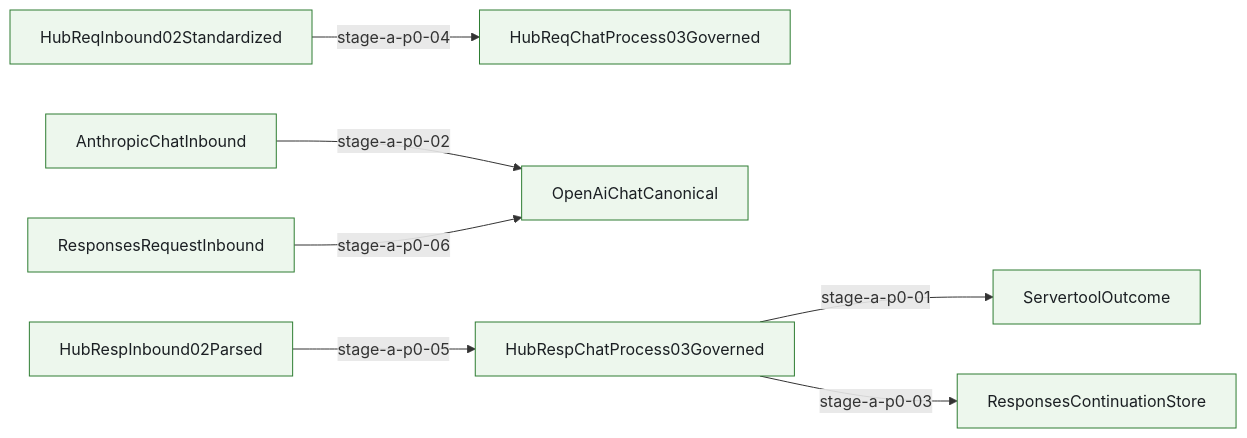
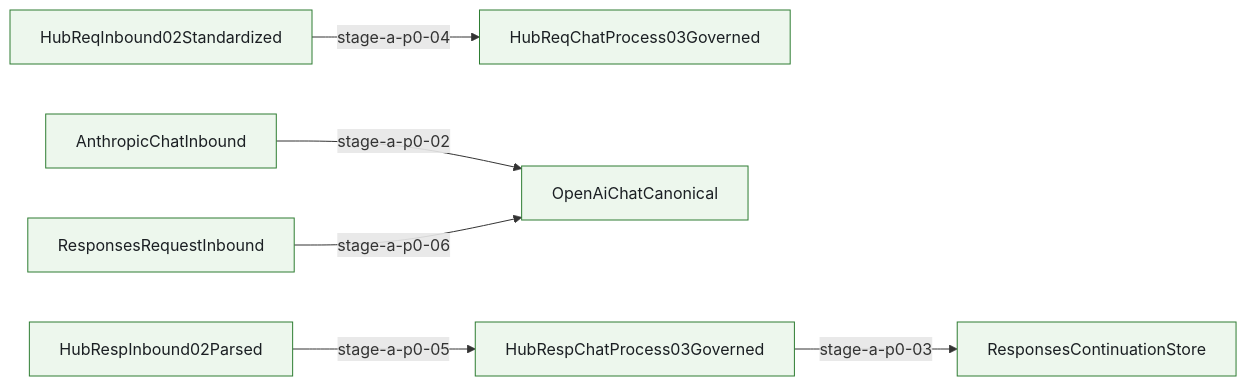
One commit to Jasonzhangf/routecodex changed diagram 21 of 26 in docs/architecture/wiki/mainline-call-graph.md. Above: the diagram before and after it, drawn with Mermaid. The commit also changed other lines of this file and 72 other files, not shown here.

````diff
--- a/docs/architecture/wiki/mainline-call-graph.md
+++ b/docs/architecture/wiki/mainline-call-graph.md
@@ -784,30 +784,27 @@
 ```mermaid
 flowchart LR
   ResponsesRequestInbound["ResponsesRequestInbound"]
   HubRespInbound02Parsed["HubRespInbound02Parsed"]
   HubReqChatProcess03Governed["HubReqChatProcess03Governed"]
   HubReqInbound02Standardized["HubReqInbound02Standardized"]
   ResponsesContinuationStore["ResponsesContinuationStore"]
   OpenAiChatCanonical["OpenAiChatCanonical"]
   AnthropicChatInbound["AnthropicChatInbound"]
-  ServertoolOutcome["ServertoolOutcome"]
   HubRespChatProcess03Governed["HubRespChatProcess03Governed"]
-  HubRespChatProcess03Governed -->|stage-a-p0-01| ServertoolOutcome
   AnthropicChatInbound -->|stage-a-p0-02| OpenAiChatCanonical
   HubRespChatProcess03Governed -->|stage-a-p0-03| ResponsesContinuationStore
   HubReqInbound02Standardized -->|stage-a-p0-04| HubReqChatProcess03Governed
   HubRespInbound02Parsed -->|stage-a-p0-05| HubRespChatProcess03Governed
   ResponsesRequestInbound -->|stage-a-p0-06| OpenAiChatCanonical
   classDef anchored fill:#edf7ed,stroke:#2e7d32,stroke-width:1px,color:#1b1f23;
   classDef partial fill:#fff7e6,stroke:#b26a00,stroke-width:1px,color:#1b1f23;
   classDef pending fill:#f4f4f5,stroke:#6b7280,stroke-width:1px,stroke-dasharray: 5 5,color:#1b1f23;
   class HubRespChatProcess03Governed anchored;
-  class ServertoolOutcome anchored;
   class AnthropicChatInbound anchored;
   class OpenAiChatCanonical anchored;
   class ResponsesContinuationStore anchored;
   class HubReqInbound02Standardized anchored;
   class HubReqChatProcess03Governed anchored;
   class HubRespInbound02Parsed anchored;
   class ResponsesRequestInbound anchored;
 ```
````
